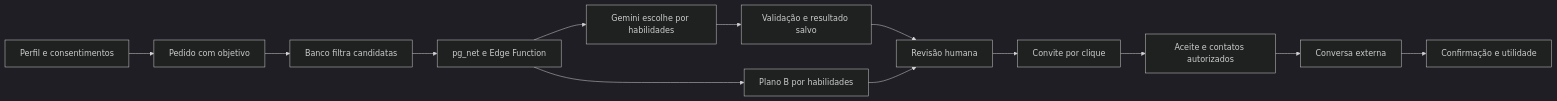
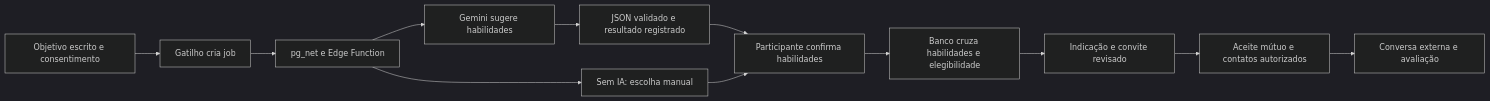
One commit to kemidiniz/aliadas changed the diagram in docs/VALIDACAO.md. Above: the diagram before and after it, drawn with Mermaid (dark theme). The commit also changed other lines of this file and 33 other files, not shown here.

Commit message:
Simplifica perfil e conecta objetivos a habilidades com revisão humana

````diff
--- a/docs/VALIDACAO.md
+++ b/docs/VALIDACAO.md
@@ -85,15 +80,14 @@
 ```mermaid
 flowchart LR
- A[Perfil e consentimentos] --> B[Pedido com objetivo]
- B --> C[Banco filtra candidatas]
- C --> D[pg_net e Edge Function]
- D --> E[Gemini escolhe por habilidades]
- E --> F[Validação e resultado salvo]
- D --> G[Plano B por habilidades]
- F --> H[Revisão humana]
- G --> H
- H --> I[Convite por clique]
- I --> J[Aceite e contatos autorizados]
- J --> K[Conversa externa]
- K --> L[Confirmação e utilidade]
+ A[Objetivo escrito e consentimento] --> B[Gatilho cria job]
+ B --> C[pg_net e Edge Function]
+ C --> D[Gemini sugere habilidades]
+ D --> E[JSON validado e resultado registrado]
+ C --> F[Sem IA: escolha manual]
+ E --> G[Participante confirma habilidades]
+ F --> G
+ G --> H[Banco cruza habilidades e elegibilidade]
+ H --> I[Indicação e convite revisado]
+ I --> J[Aceite mútuo e contatos autorizados]
+ J --> K[Conversa externa e avaliação]
 ```
````
